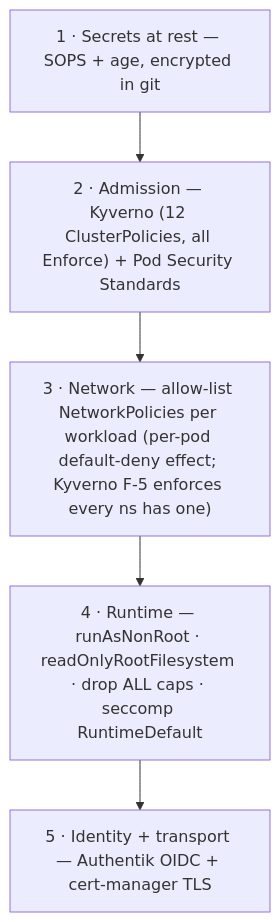
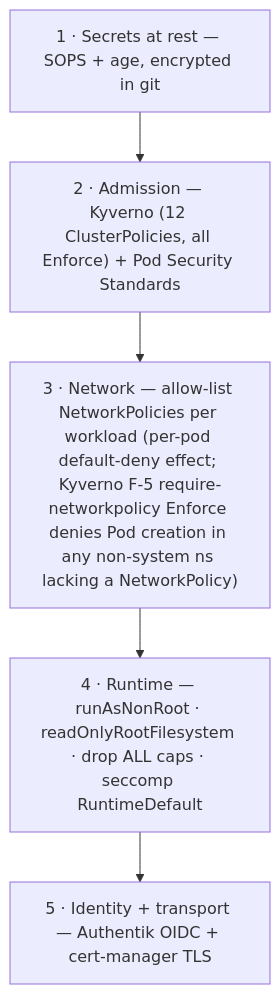
One commit to AKhozya/homelab changed the fourth of 4 diagrams in docs/ARCHITECTURE.md. Above: the diagram before and after it, drawn with Mermaid. The commit also changed other lines of this file and 1 other file, not shown here.

````diff
--- a/docs/ARCHITECTURE.md
+++ b/docs/ARCHITECTURE.md
@@ -94,9 +94,9 @@
 ```mermaid
 flowchart TB
   L1["1 · Secrets at rest — SOPS + age, encrypted in git"]
   L2["2 · Admission — Kyverno (12 ClusterPolicies, all Enforce) + Pod Security Standards"]
-  L3["3 · Network — allow-list NetworkPolicies per workload (per-pod default-deny effect; Kyverno F-5 enforces every ns has one)"]
+  L3["3 · Network — allow-list NetworkPolicies per workload (per-pod default-deny effect; Kyverno F-5 require-networkpolicy Enforce denies Pod creation in any non-system ns lacking a NetworkPolicy)"]
   L4["4 · Runtime — runAsNonRoot · readOnlyRootFilesystem · drop ALL caps · seccomp RuntimeDefault"]
   L5["5 · Identity + transport — Authentik OIDC + cert-manager TLS"]
   L1 --> L2 --> L3 --> L4 --> L5
 ```
````
